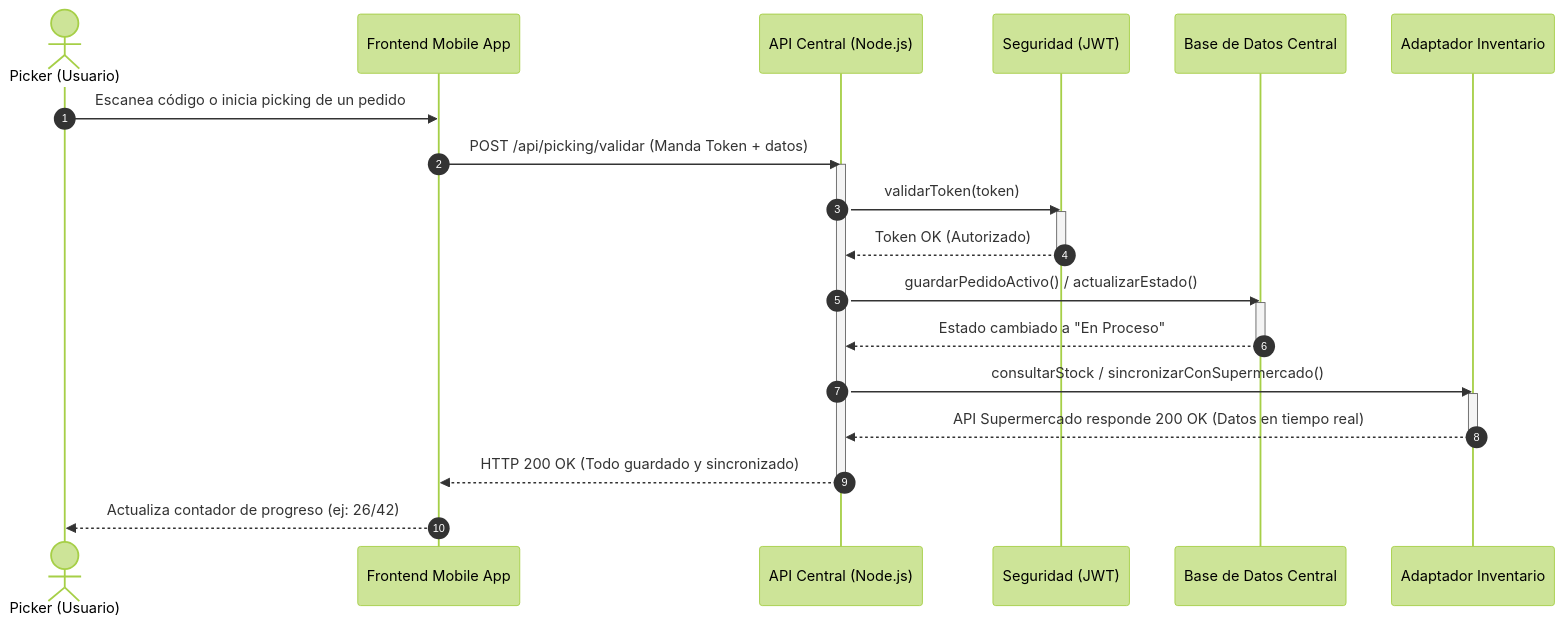
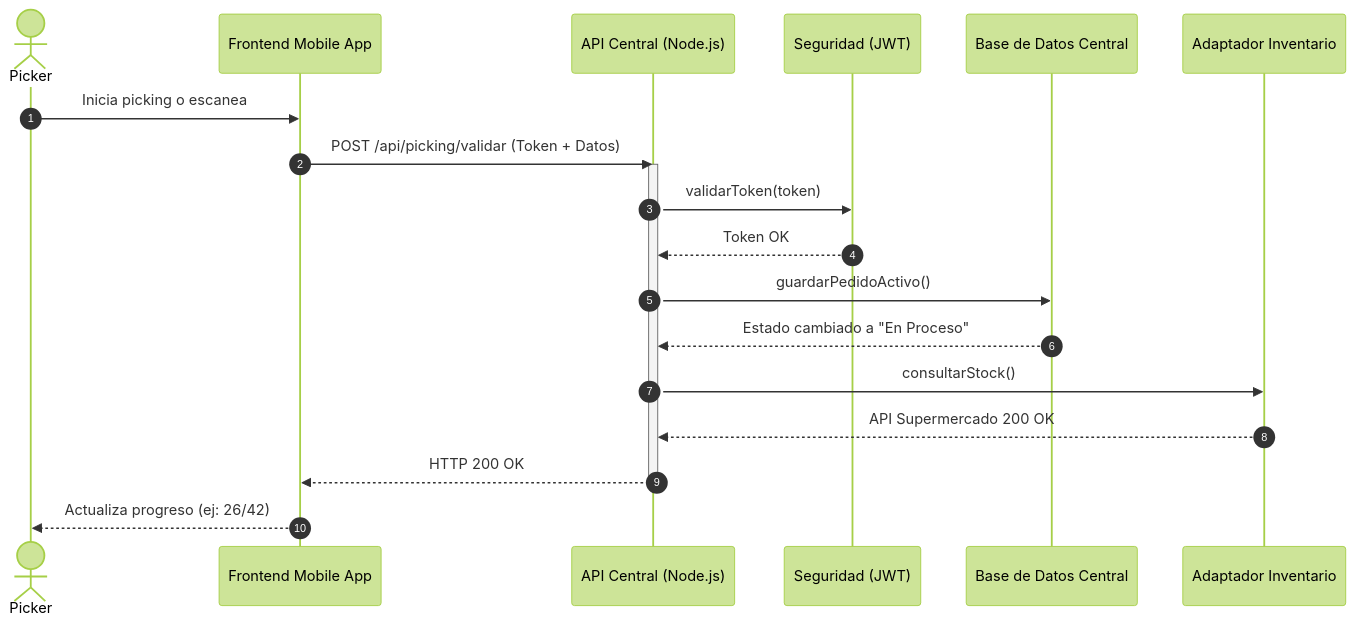
One commit to Ecfastin/Zurtia-project changed the third of 3 diagrams in DiseñoArquitectonico.md. Above: the diagram before and after it, drawn with Mermaid (forest theme). The commit also changed other lines of this file, not shown here.

````diff
--- a/DiseñoArquitectonico.md
+++ b/DiseñoArquitectonico.md
@@ -145,33 +121,23 @@
 ```mermaid
 sequenceDiagram
     autonumber
-    actor Picker as Picker (Usuario)
+    actor Picker as Picker
     participant Front as Frontend Mobile App
     participant Back as API Central (Node.js)
     participant Auth as Seguridad (JWT)
     participant DB as Base de Datos Central
     participant Ext as Adaptador Inventario
 
-    Picker->>Front: Escanea código o inicia picking de un pedido
-    Front->>Back: POST /api/picking/validar (Manda Token + datos)
+    Picker->>Front: Inicia picking o escanea
+    Front->>Back: POST /api/picking/validar (Token + Datos)
     activate Back
-    
     Back->>Auth: validarToken(token)
-    activate Auth
-    Auth-->>Back: Token OK (Autorizado)
-    deactivate Auth
-
-    Back->>DB: guardarPedidoActivo() / actualizarEstado()
-    activate DB
+    Auth-->>Back: Token OK
+    Back->>DB: guardarPedidoActivo()
     DB-->>Back: Estado cambiado a "En Proceso"
-    deactivate DB
-
-    Back->>Ext: consultarStock / sincronizarConSupermercado()
-    activate Ext
-    Ext-->>Back: API Supermercado responde 200 OK (Datos en tiempo real)
-    deactivate Ext
-
-    Back-->>Front: HTTP 200 OK (Todo guardado y sincronizado)
+    Back->>Ext: consultarStock()
+    Ext-->>Back: API Supermercado 200 OK
+    Back-->>Front: HTTP 200 OK
     deactivate Back
-    Front-->>Picker: Actualiza contador de progreso (ej: 26/42)
+    Front-->>Picker: Actualiza progreso (ej: 26/42)
 ```
````
